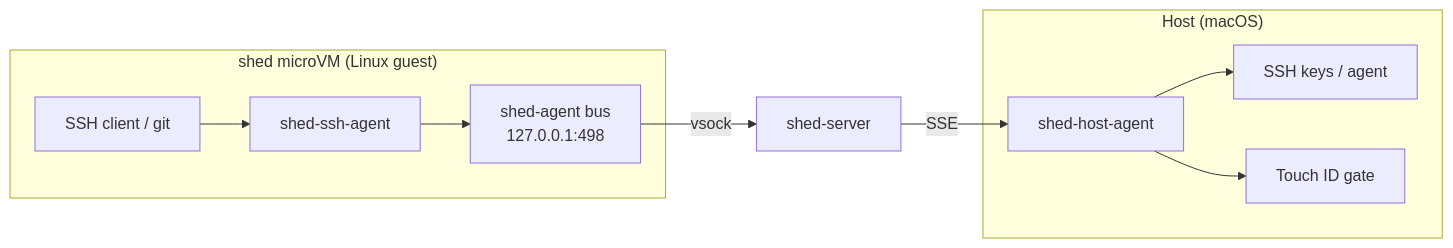
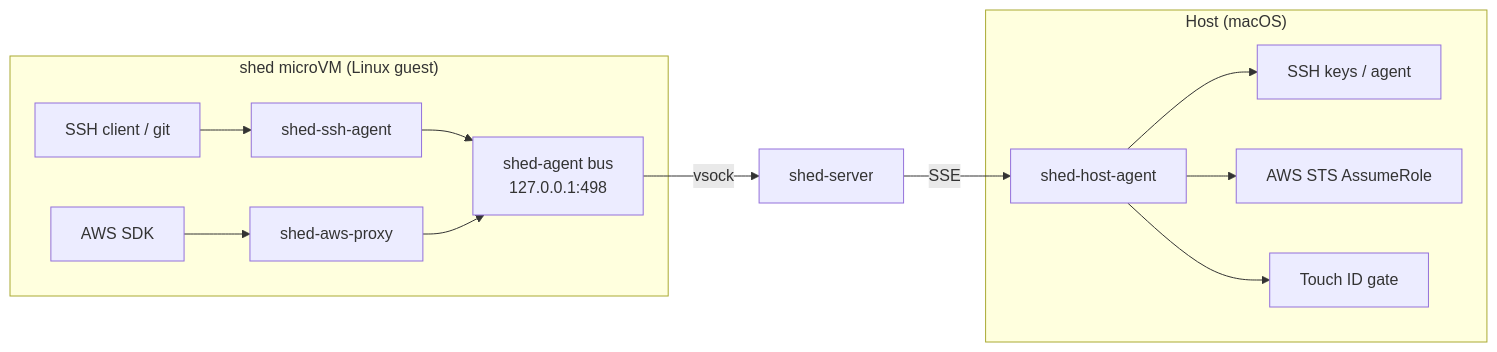
The diagram in docs/index.md (charliek/shed-extensions), drawn with Mermaid before and after one commit. The commit also changed other lines of this file and 24 other files, not shown here.

````diff
--- a/docs/index.md
+++ b/docs/index.md
@@ -13,13 +13,16 @@
 ```mermaid
 graph LR
     subgraph "shed microVM (Linux guest)"
         A[SSH client / git] --> B[shed-ssh-agent]
-        B --> C[shed-agent bus<br/>127.0.0.1:498]
+        C[AWS SDK] --> D[shed-aws-proxy]
+        B --> E[shed-agent bus<br/>127.0.0.1:498]
+        D --> E
     end
-    C -->|vsock| D[shed-server]
-    D -->|SSE| E[shed-host-agent]
+    E -->|vsock| F[shed-server]
+    F -->|SSE| G[shed-host-agent]
     subgraph "Host (macOS)"
-        E --> F[SSH keys / agent]
-        E --> G[Touch ID gate]
+        G --> H[SSH keys / agent]
+        G --> I[AWS STS AssumeRole]
+        G --> J[Touch ID gate]
     end
 ```
````
